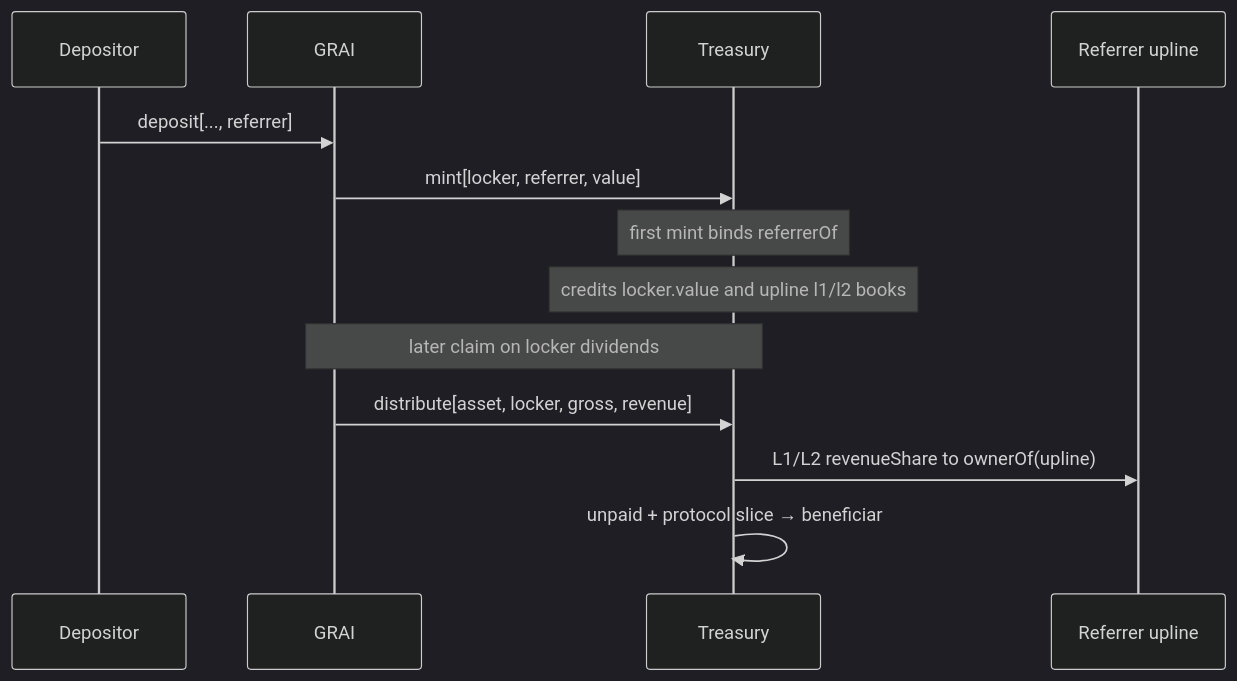
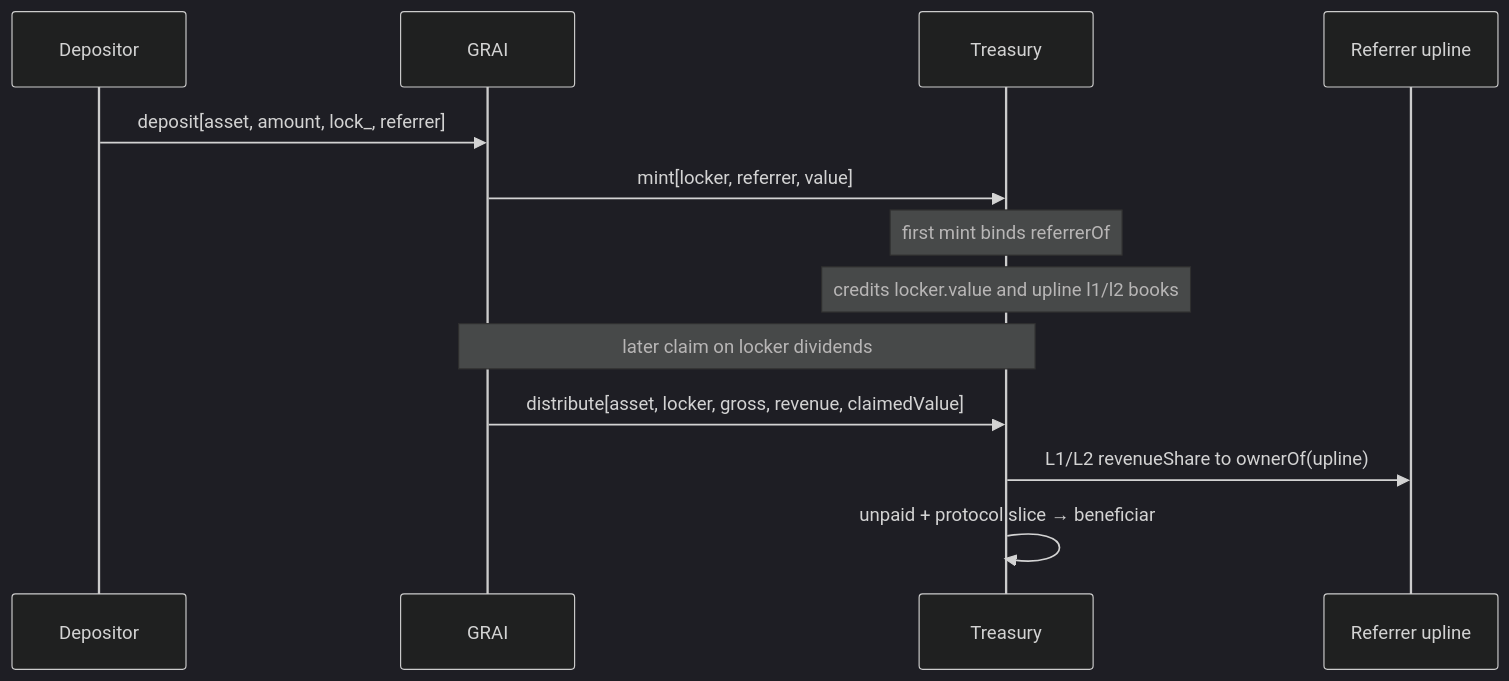
One commit to grindurus/grindurus-docs changed the fifth of 6 diagrams in protocol/grai/mechanics.md. Above: the diagram before and after it, drawn with Mermaid (dark theme). The commit also changed other lines of this file, not shown here.

````diff
--- a/protocol/grai/mechanics.md
+++ b/protocol/grai/mechanics.md
@@ -334,16 +350,16 @@
 ```mermaid
 sequenceDiagram
     participant D as Depositor
     participant G as GRAI
     participant T as Treasury
     participant R as Referrer upline
-    D->>G: deposit[..., referrer]
+    D->>G: deposit[asset, amount, lock_, referrer]
     G->>T: mint[locker, referrer, value]
     Note over T: first mint binds referrerOf
     Note over T: credits locker.value and upline l1/l2 books
 
     Note over G,T: later claim on locker dividends
-    G->>T: distribute[asset, locker, gross, revenue]
+    G->>T: distribute[asset, locker, gross, revenue, claimedValue]
     T->>R: L1/L2 revenueShare to ownerOf(upline)
     T->>T: unpaid + protocol slice → beneficiar
 ```
````
